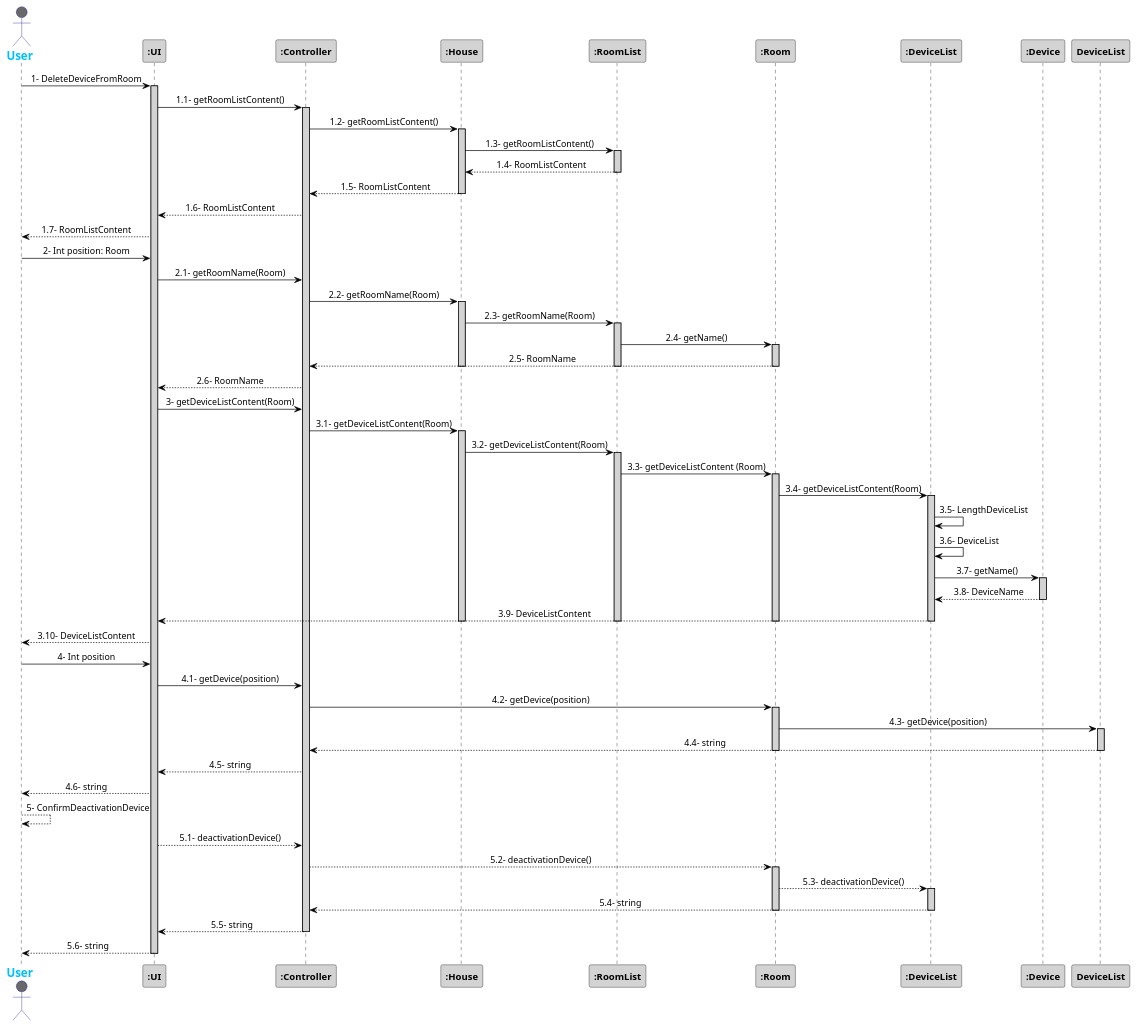
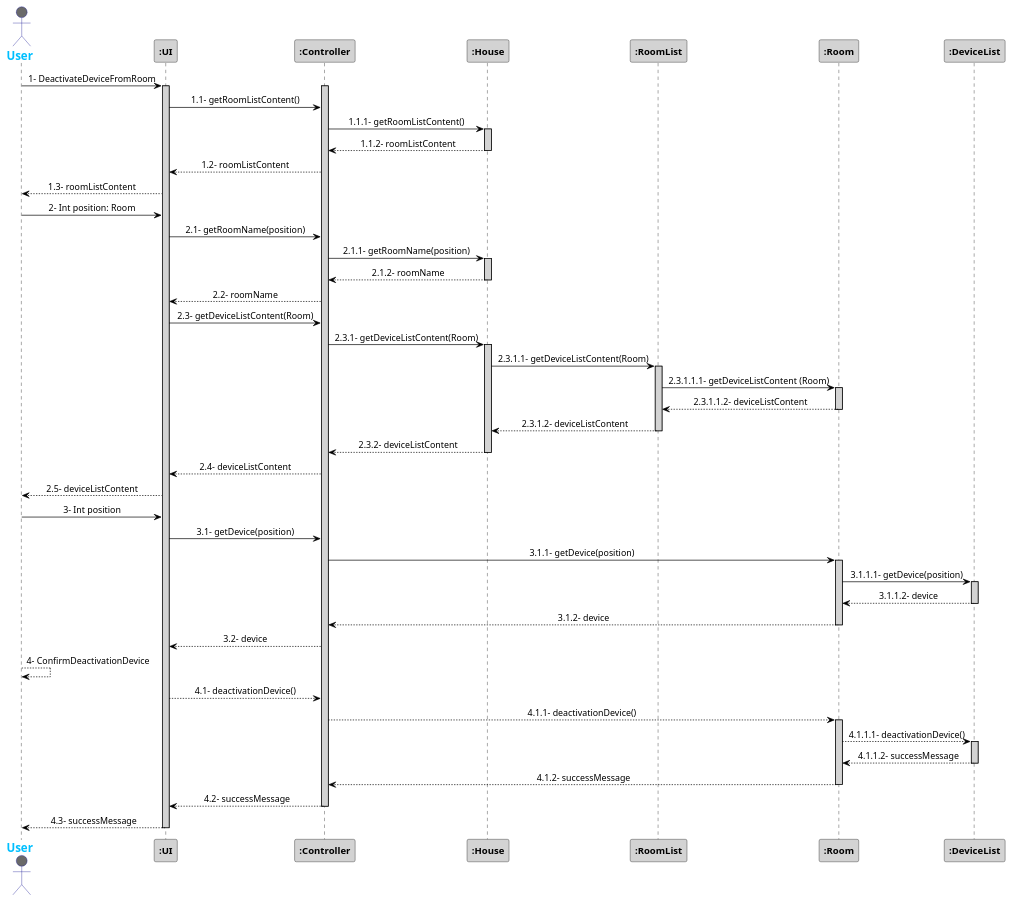
The diagram in src/Docs/Sprint3/DeactivateDeviceFromRoom.puml (1181687/hateoasToy), drawn with PlantUML before and after one commit. The commit also changed 2 other files, not shown here.

Commit message:
Changes to Sequence Diagrams

```diff
--- a/src/Docs/Sprint3/DeactivateDeviceFromRoom.puml
+++ b/src/Docs/Sprint3/DeactivateDeviceFromRoom.puml
@@ -1,101 +1,86 @@
 @startuml
 skinparam sequenceMessageAlign center
 skinparam sequence {
 	ArrowColor Black
 	ActorBorderColor DarkBlue
 	LifeLineBorderColor black
 	LifeLineBackgroundColor LightGrey
 
 	ParticipantBorderColor Black
 	ParticipantBackgroundColor LightGrey
 	ParticipantFontStyle Bold
 
 	ActorBackgroundColor DimGrey
 	ActorFontColor DeepSkyBlue
 	ActorFontStyle Bold
 	ActorFontSize 17
 	ActorFontName Aapex
 }
 
 actor User
-User -> ":UI": 1- DeleteDeviceFromRoom
+User -> ":UI": 1- DeactivateDeviceFromRoom
 activate ":UI"
+activate ":Controller"
 ":UI" -> ":Controller": 1.1- getRoomListContent()
-activate ":Controller"
-":Controller" -> ":House": 1.2- getRoomListContent()
+":Controller" -> ":House": 1.1.1- getRoomListContent()
 activate ":House"
-":House" -> ":RoomList": 1.3- getRoomListContent()
-activate ":RoomList"
-":House" <-- ":RoomList": 1.4- RoomListContent
-deactivate ":RoomList"
-":Controller" <-- ":House": 1.5- RoomListContent
+
+":Controller" <-- ":House": 1.1.2- roomListContent
 deactivate ":House"
-":UI" <-- ":Controller": 1.6- RoomListContent
-User <-- ":UI": 1.7- RoomListContent
+":UI" <-- ":Controller": 1.2- roomListContent
+User <-- ":UI": 1.3- roomListContent
 
 User -> ":UI": 2- Int position: Room
-":UI" -> ":Controller": 2.1- getRoomName(Room)
-":Controller" -> ":House": 2.2- getRoomName(Room)
+":UI" -> ":Controller": 2.1- getRoomName(position)
+":Controller" -> ":House": 2.1.1- getRoomName(position)
 activate ":House"
-":House" -> ":RoomList": 2.3- getRoomName(Room)
-activate ":RoomList"
-":RoomList" -> ":Room": 2.4- getName()
-activate ":Room"
-":Controller" <-- ":Room": 2.5- RoomName
-deactivate ":Room"
-deactivate ":RoomList"
+":Controller" <-- ":House": 2.1.2- roomName
 deactivate ":House"
-":UI" <-- ":Controller": 2.6- RoomName
+":UI" <-- ":Controller": 2.2- roomName
 
 
+":UI" -> ":Controller": 2.3- getDeviceListContent(Room)
+":Controller" -> ":House": 2.3.1- getDeviceListContent(Room)
+activate ":House"
+":House" -> ":RoomList": 2.3.1.1- getDeviceListContent(Room)
+activate ":RoomList"
+":RoomList" -> ":Room": 2.3.1.1.1- getDeviceListContent (Room)
+activate ":Room"
+":RoomList" <-- ":Room": 2.3.1.1.2- deviceListContent
+deactivate ":Room"
+":House" <-- ":RoomList":  2.3.1.2- deviceListContent
+deactivate ":RoomList"
+":Controller" <-- ":House": 2.3.2- deviceListContent
+deactivate ":House"
+":UI" <-- ":Controller": 2.4- deviceListContent
+User <-- ":UI": 2.5- deviceListContent
 
-":UI" -> ":Controller": 3- getDeviceListContent(Room)
-":Controller" -> ":House": 3.1- getDeviceListContent(Room)
-activate ":House"
-":House" -> ":RoomList": 3.2- getDeviceListContent(Room)
-activate ":RoomList"
-":RoomList" -> ":Room": 3.3- getDeviceListContent (Room)
+User -> ":UI": 3- Int position
+":UI" -> ":Controller": 3.1- getDevice(position)
+":Controller" -> ":Room": 3.1.1- getDevice(position)
 activate ":Room"
-":Room" -> ":DeviceList": 3.4- getDeviceListContent(Room)
+":Room" -> ":DeviceList": 3.1.1.1- getDevice(position)
 activate ":DeviceList"
-":DeviceList" -> ":DeviceList": 3.5- LengthDeviceList
-":DeviceList" -> ":DeviceList": 3.6- DeviceList
-":DeviceList" -> ":Device": 3.7- getName()
-activate ":Device"
-":DeviceList" <-- ":Device": 3.8- DeviceName
-deactivate ":Device"
-":UI" <-- ":DeviceList": 3.9- DeviceListContent
+":Room" <-- ":DeviceList": 3.1.1.2- device
 deactivate ":DeviceList"
+":Controller" <-- ":Room": 3.1.2- device
 deactivate ":Room"
-deactivate ":RoomList"
-deactivate ":House"
-User <-- ":UI": 3.10- DeviceListContent
+":UI" <-- ":Controller": 3.2- device
 
-User -> ":UI": 4- Int position
-":UI" -> ":Controller": 4.1- getDevice(position)
-":Controller" -> ":Room": 4.2- getDevice(position)
+
+User --> User: 4- ConfirmDeactivationDevice
+":UI" --> ":Controller": 4.1- deactivationDevice()
+":Controller" --> ":Room": 4.1.1- deactivationDevice()
 activate ":Room"
-":Room" -> DeviceList: 4.3- getDevice(position)
-activate DeviceList
-":Controller" <-- DeviceList: 4.4- string
-deactivate DeviceList
+":Room" --> ":DeviceList": 4.1.1.1- deactivationDevice()
+activate ":DeviceList"
+":Room" <-- ":DeviceList": 4.1.1.2- successMessage
+deactivate ":DeviceList"
+":Controller" <-- ":Room": 4.1.2- successMessage
 deactivate ":Room"
-
-":UI" <-- ":Controller": 4.5- string
-User <-- ":UI": 4.6- string
-
-User --> User: 5- ConfirmDeactivationDevice
-":UI" --> ":Controller": 5.1- deactivationDevice()
-":Controller" --> ":Room": 5.2- deactivationDevice()
-activate ":Room"
-":Room" --> ":DeviceList": 5.3- deactivationDevice()
-activate ":DeviceList"
-":Controller" <-- ":DeviceList": 5.4- string
-deactivate ":DeviceList"
-deactivate ":Room"
-":UI" <-- ":Controller": 5.5- string
+":UI" <-- ":Controller": 4.2- successMessage
 deactivate ":Controller"
-User <-- ":UI": 5.6- string
+User <-- ":UI": 4.3- successMessage
 deactivate ":UI"
 
 @enduml
```
